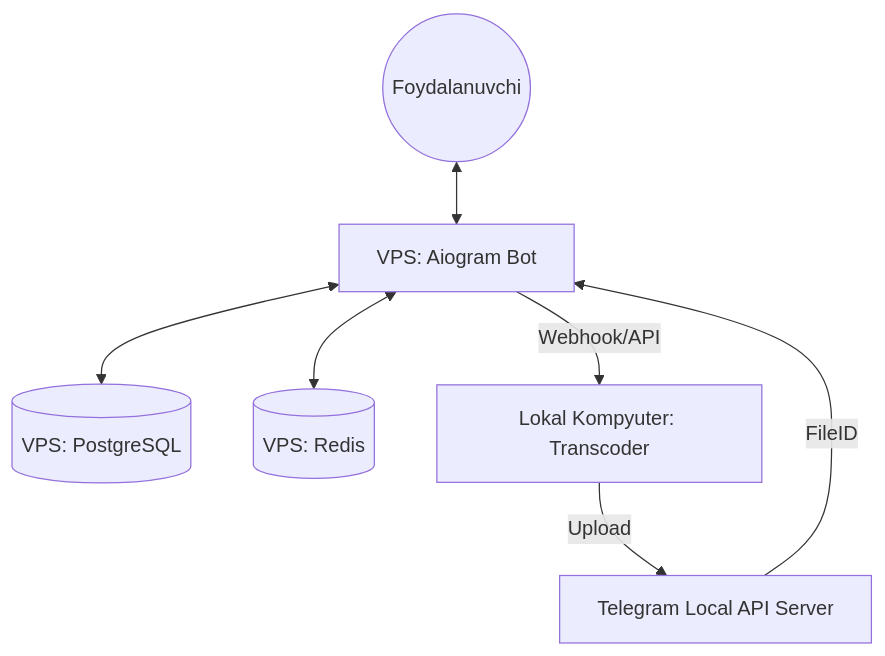
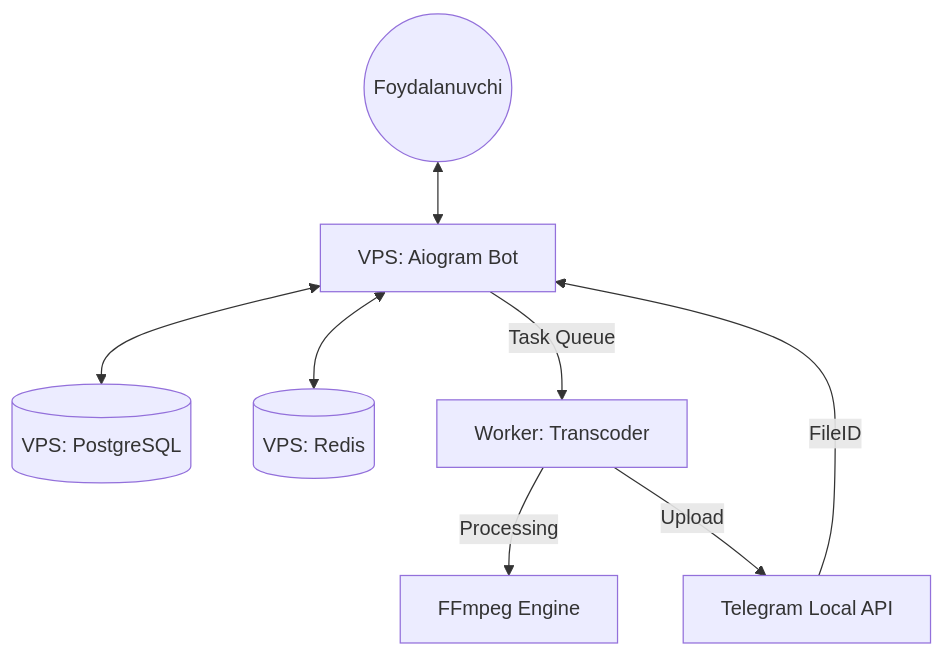
Before and after one commit to coder-jasur/movie-bot: the diagram in README.md, drawn with Mermaid. The commit also changed other lines of this file and 3 other files, not shown here.

````diff
--- a/README.md
+++ b/README.md
@@ -22,9 +35,10 @@
 ```mermaid
 graph TD
     User((Foydalanuvchi)) <--> Bot[VPS: Aiogram Bot]
     Bot <--> DB[(VPS: PostgreSQL)]
     Bot <--> Redis[(VPS: Redis)]
-    Bot -- Webhook/API --> LocalWorker[Lokal Kompyuter: Transcoder]
-    LocalWorker -- Upload --> TelegramAPI[Telegram Local API Server]
-    TelegramAPI -- FileID --> Bot
+    Bot -- Task Queue --> Celery[Worker: Transcoder]
+    Celery -- Processing --> FFmpeg[FFmpeg Engine]
+    Celery -- Upload --> TG_Local[Telegram Local API]
+    TG_Local -- FileID --> Bot
 ```
````
